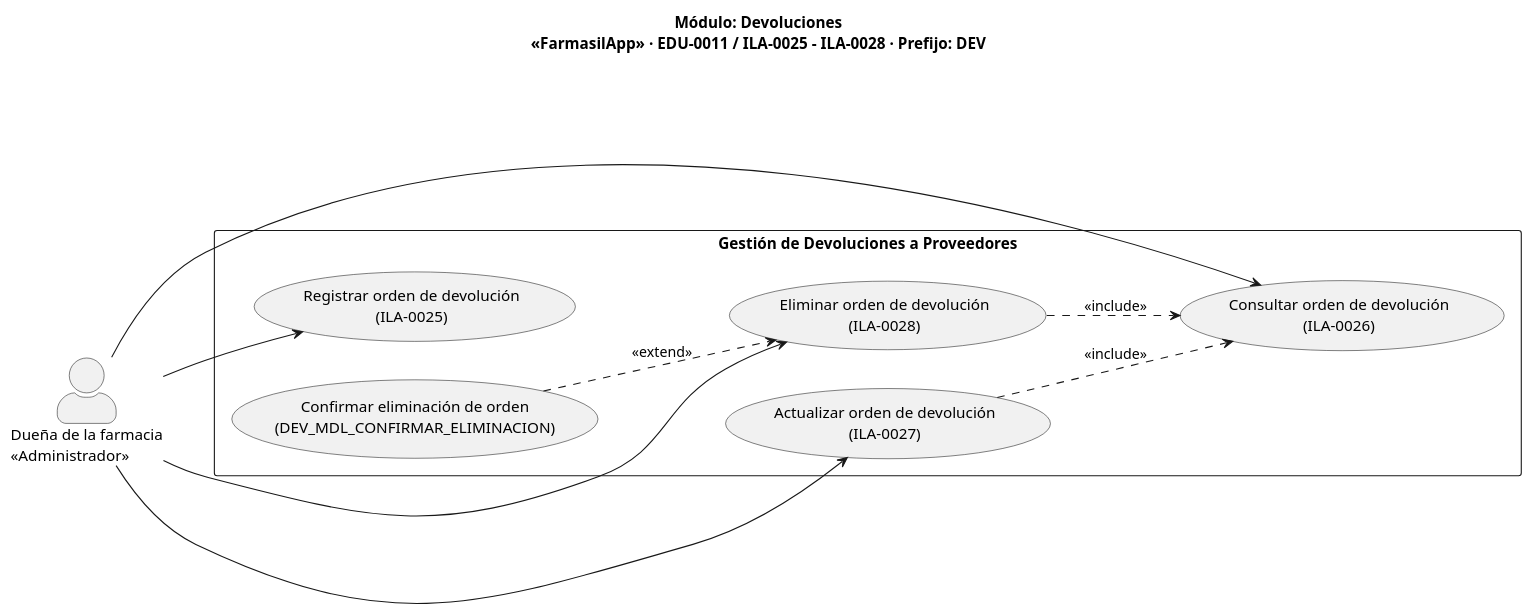
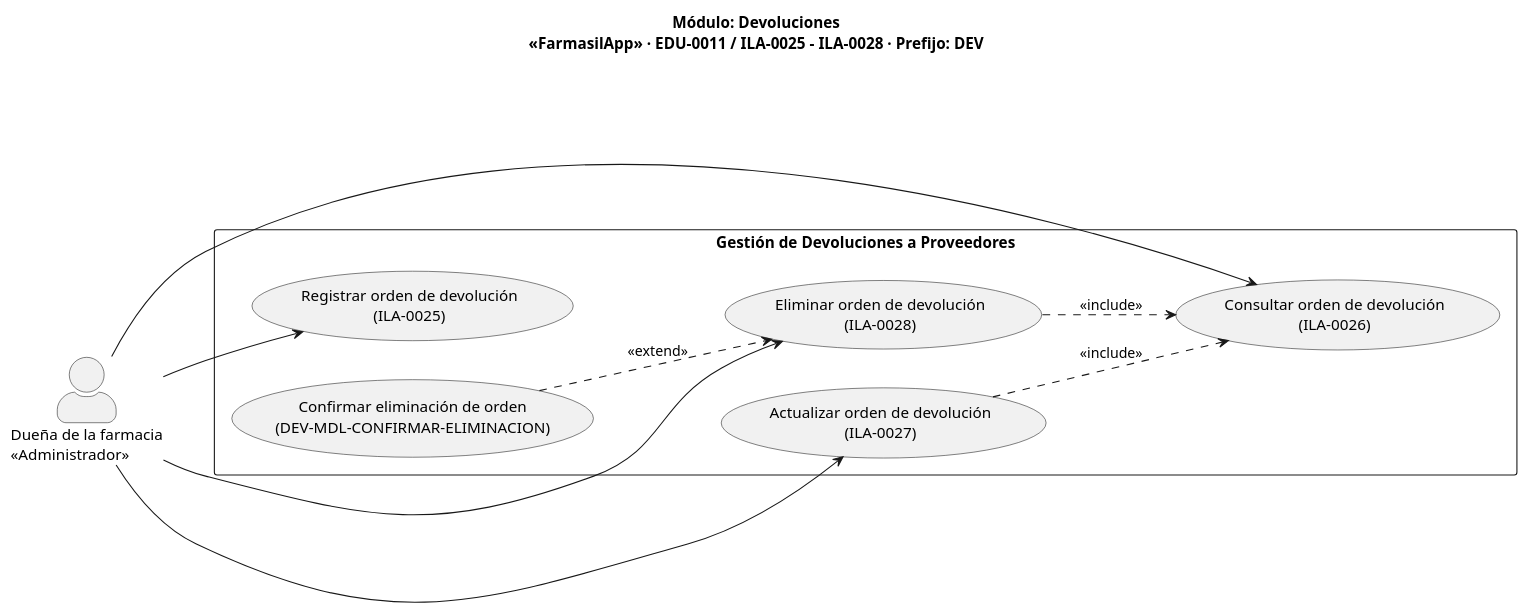
One commit to Luis-Ayben-Chahua-Charca/Farmasil_App changed the diagram in docs/diagramas/plaintext-CasosUso/CU-07_Devoluciones.puml. Above: the diagram before and after it, drawn with PlantUML. The commit also changed 12 other files, not shown here.

```diff
--- a/docs/diagramas/plaintext-CasosUso/CU-07_Devoluciones.puml
+++ b/docs/diagramas/plaintext-CasosUso/CU-07_Devoluciones.puml
@@ -1,25 +1,25 @@
 @startuml DiagramaDevoluciones
 left to right direction
 skinparam actorStyle awesome
 title Módulo: Devoluciones\n«FarmasilApp» · EDU-0011 / ILA-0025 - ILA-0028 · Prefijo: DEV
 
 actor "Dueña de la farmacia\n<<Administrador>>" as Duena
 
 rectangle "Gestión de Devoluciones a Proveedores" {
   usecase "Registrar orden de devolución\n(ILA-0025)" as UC_Registrar
   usecase "Consultar orden de devolución\n(ILA-0026)" as UC_Consultar
   usecase "Actualizar orden de devolución\n(ILA-0027)" as UC_Actualizar
   usecase "Eliminar orden de devolución\n(ILA-0028)" as UC_Eliminar
-  usecase "Confirmar eliminación de orden\n(DEV_MDL_CONFIRMAR_ELIMINACION)" as UC_Confirmar
+  usecase "Confirmar eliminación de orden\n(DEV-MDL-CONFIRMAR-ELIMINACION)" as UC_Confirmar
 }
 
 Duena --> UC_Registrar
 Duena --> UC_Consultar
 Duena --> UC_Actualizar
 Duena --> UC_Eliminar
 
 UC_Actualizar ..> UC_Consultar : <<include>>
 UC_Eliminar   ..> UC_Consultar : <<include>>
 UC_Confirmar  ..> UC_Eliminar  : <<extend>>
 
 @enduml
```
